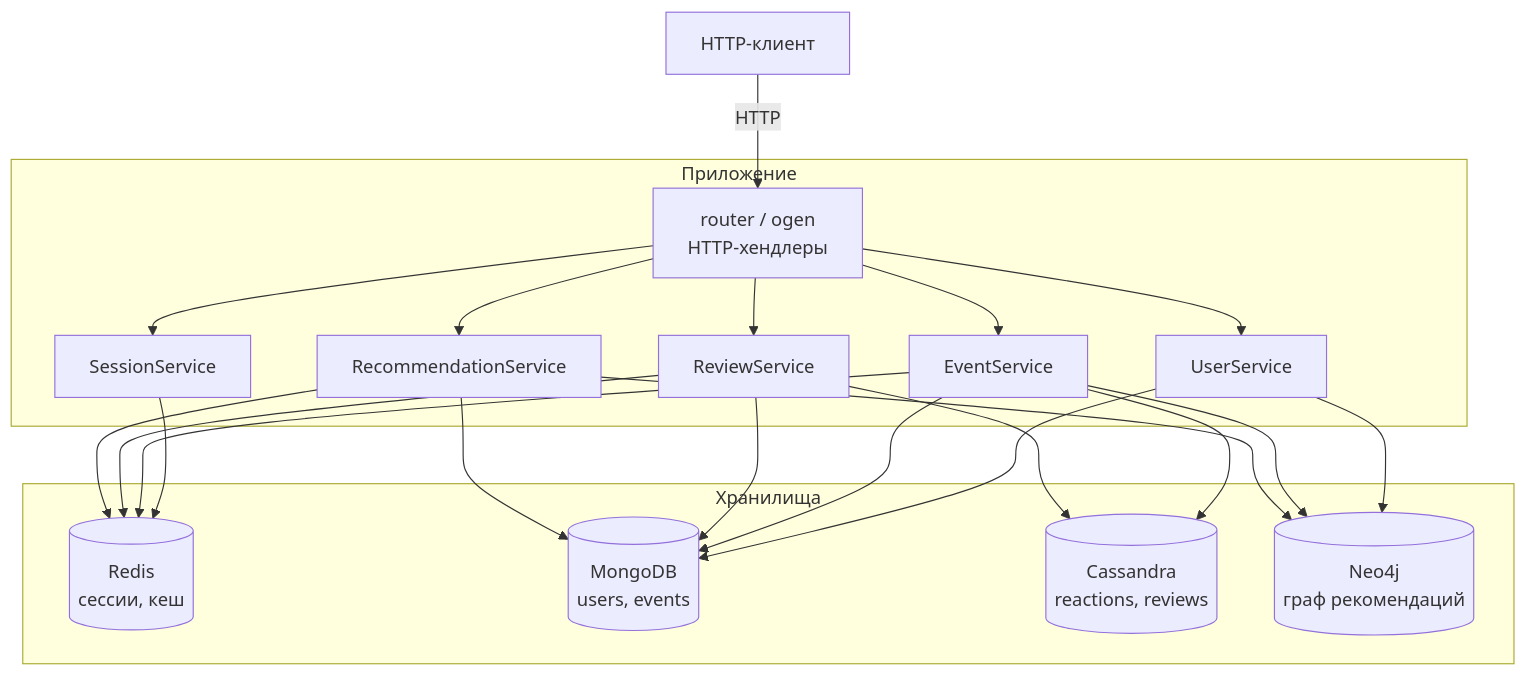
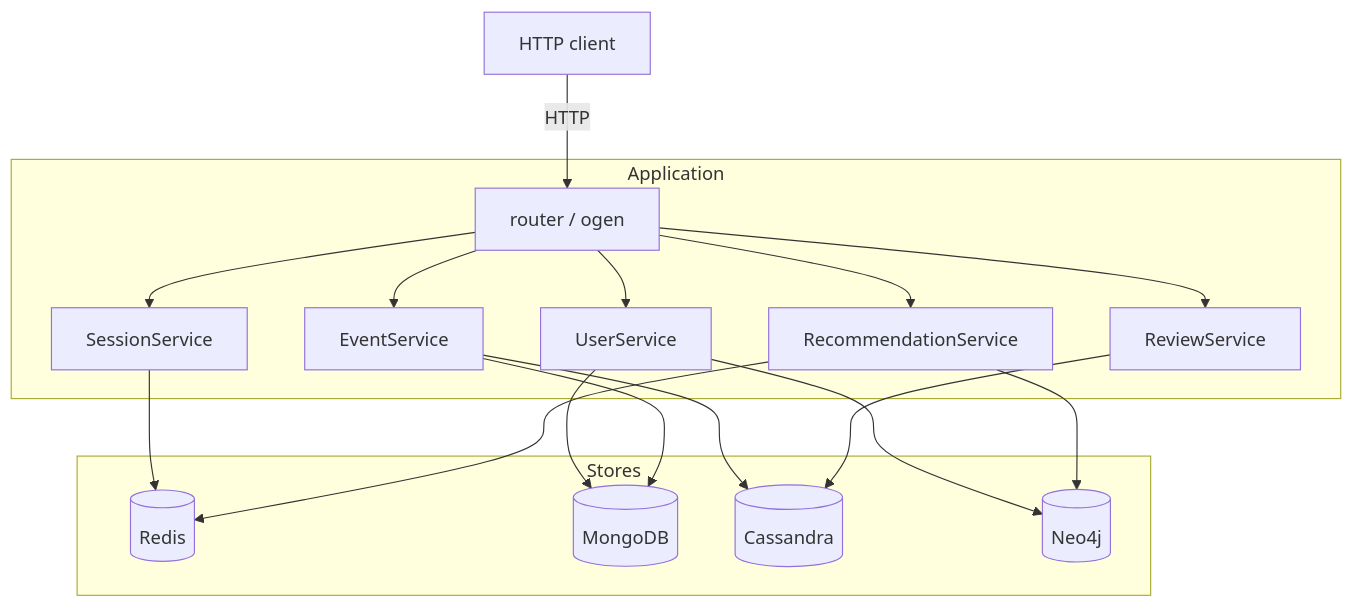
Before and after one commit to pstpn/nosql-practice: the first of 2 diagrams in README.md, drawn with Mermaid. The commit also changed other lines of this file, not shown here.

````diff
--- a/README.md
+++ b/README.md
@@ -86,41 +20,36 @@
 ```mermaid
 graph TB
-    Client[HTTP-клиент]
+    Client[HTTP client]
 
-    subgraph Приложение
-        Router[router / ogen<br/>HTTP-хендлеры]
+    subgraph Application
+        Router[router / ogen]
         SessionSvc[SessionService]
         UserSvc[UserService]
         EventSvc[EventService]
         ReviewSvc[ReviewService]
         RecSvc[RecommendationService]
     end
 
-    subgraph Хранилища
-        Redis[(Redis<br/>сессии, кеш)]
-        Mongo[(MongoDB<br/>users, events)]
-        Cassandra[(Cassandra<br/>reactions, reviews)]
-        Neo4j[(Neo4j<br/>граф рекомендаций)]
+    subgraph Stores
+        Redis[(Redis)]
+        Mongo[(MongoDB)]
+        Cassandra[(Cassandra)]
+        Neo4j[(Neo4j)]
     end
 
     Client -->|HTTP| Router
     Router --> SessionSvc
     Router --> UserSvc
     Router --> EventSvc
     Router --> ReviewSvc
     Router --> RecSvc
 
     SessionSvc --> Redis
     UserSvc --> Mongo
     UserSvc --> Neo4j
     EventSvc --> Mongo
     EventSvc --> Cassandra
-    EventSvc --> Redis
-    EventSvc --> Neo4j
     ReviewSvc --> Cassandra
-    ReviewSvc --> Redis
-    ReviewSvc --> Mongo
     RecSvc --> Neo4j
     RecSvc --> Redis
-    RecSvc --> Mongo
 ```
````
